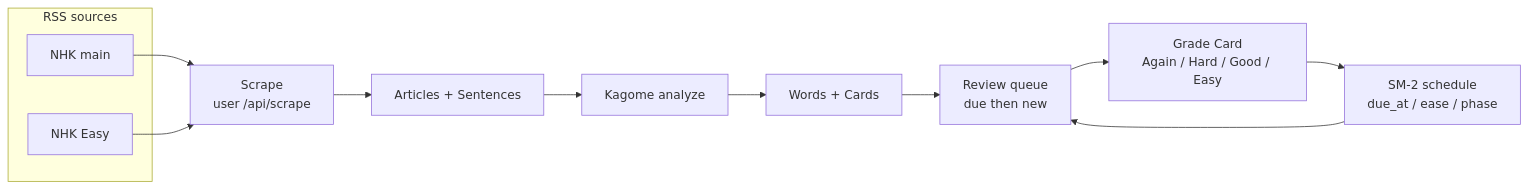
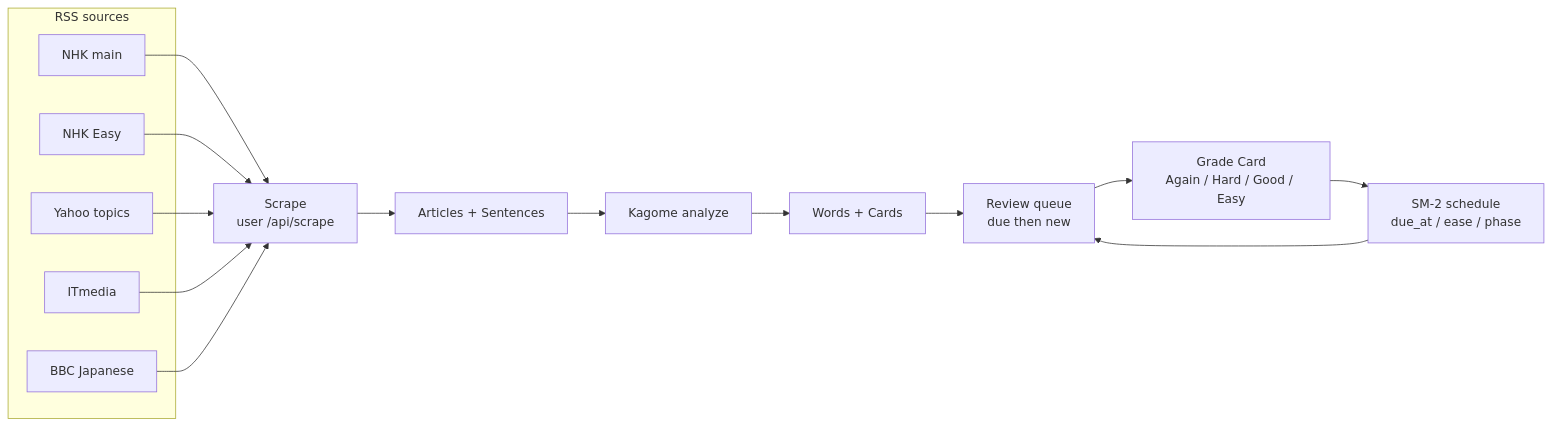
One commit to rikiisworking/jkrt changed the first of 4 diagrams in README.md. Above: the diagram before and after it, drawn with Mermaid. The commit also changed other lines of this file and 9 other files, not shown here.

````diff
--- a/README.md
+++ b/README.md
@@ -28,20 +28,26 @@
 ```mermaid
 flowchart LR
   subgraph sources [RSS sources]
     M[NHK main]
     E[NHK Easy]
+    Y[Yahoo topics]
+    I[ITmedia]
+    B[BBC Japanese]
   end
 
   S[Scrape<br/>user /api/scrape]
   A[Articles + Sentences]
   K[Kagome analyze]
   W[Words + Cards]
   Q[Review queue<br/>due then new]
   R[Grade Card<br/>Again / Hard / Good / Easy]
   SM[SM-2 schedule<br/>due_at / ease / phase]
 
   M --> S
   E --> S
+  Y --> S
+  I --> S
+  B --> S
   S --> A --> K --> W --> Q --> R --> SM
   SM --> Q
 ```
````
